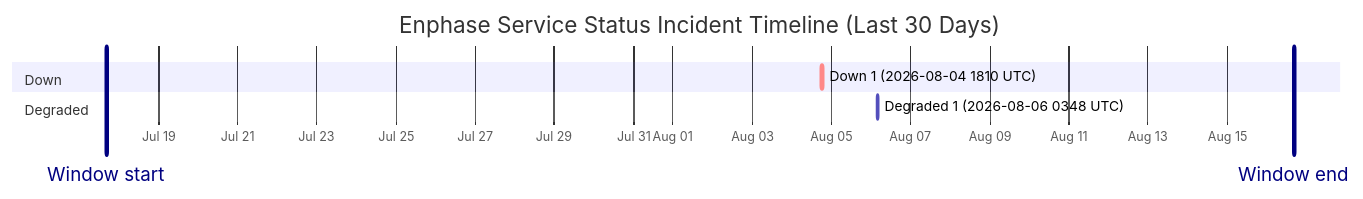
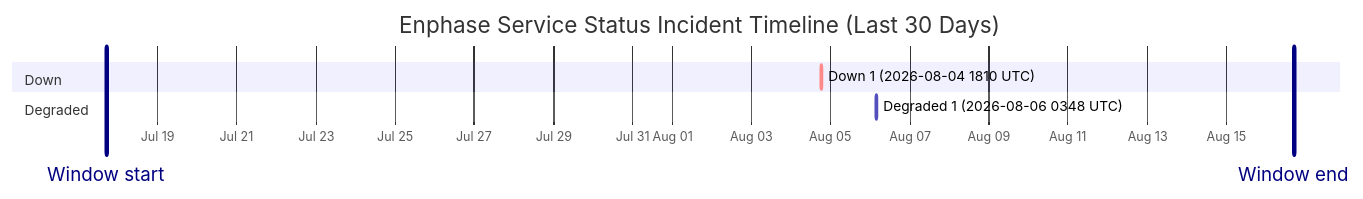
One commit to barneyonline/ha-enphase-energy changed the diagram in wiki/Service-Status-History.md. Above: the diagram before and after it, drawn with Mermaid. The commit also changed other lines of this file and 3 other files, not shown here.

````diff
--- a/wiki/Service-Status-History.md
+++ b/wiki/Service-Status-History.md
@@ -14,12 +14,12 @@
 ```mermaid
 gantt
     title Enphase Service Status Incident Timeline (Last 30 Days)
     dateFormat  YYYY-MM-DDTHH:mm:ss
     axisFormat  %b %d
-    Window start :vert, window-start, 2026-07-17T16:21:45, 0ms
-    Window end :vert, window-end, 2026-08-16T16:21:45, 0ms
+    Window start :vert, window-start, 2026-07-17T16:49:49, 0ms
+    Window end :vert, window-end, 2026-08-16T16:49:49, 0ms
     section Down
     Down 1 (2026-08-04 1810 UTC) :crit, down-1, 2026-08-04T18:10:46, 60m
     section Degraded
     Degraded 1 (2026-08-06 0348 UTC) :active, degraded-1, 2026-08-06T03:48:14, 60m
 ```
````
